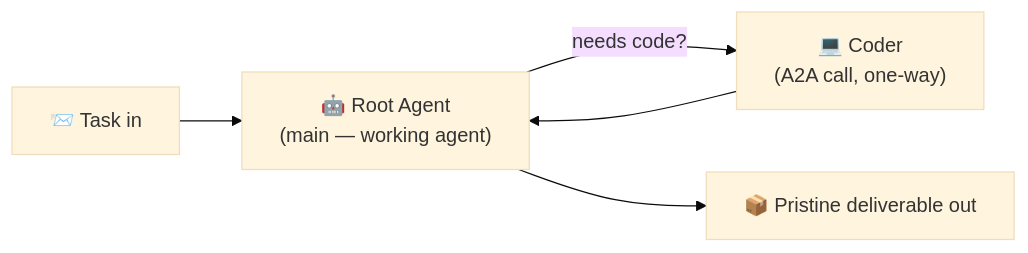
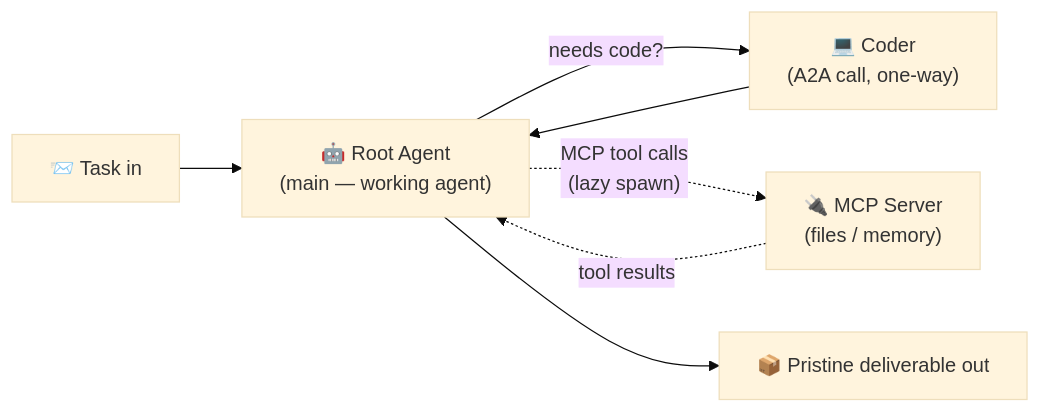
The third of 4 diagrams in README.md (giacchetta/openclaw-a2a-bridge), drawn with Mermaid (base theme) before and after one commit. The commit also changed other lines of this file, not shown here.

First line of the commit message:
docs(#12): show MCP servers per agent in README Mermaid diagrams

````diff
--- a/README.md
+++ b/README.md
@@ -74,7 +85,9 @@
 ```mermaid
 flowchart LR
     IN["📨 Task in"] --> MAIN["🤖 Root Agent<br/>(main — working agent)"]
     MAIN -- "needs code?" --> COD["💻 Coder<br/>(A2A call, one-way)"]
     COD --> MAIN
+    MAIN -. "MCP tool calls<br/>(lazy spawn)" .-> MCP["🔌 MCP Server<br/>(files / memory)"]
+    MCP -. "tool results" .-> MAIN
     MAIN --> OUT["📦 Pristine deliverable out"]
 ```
````
